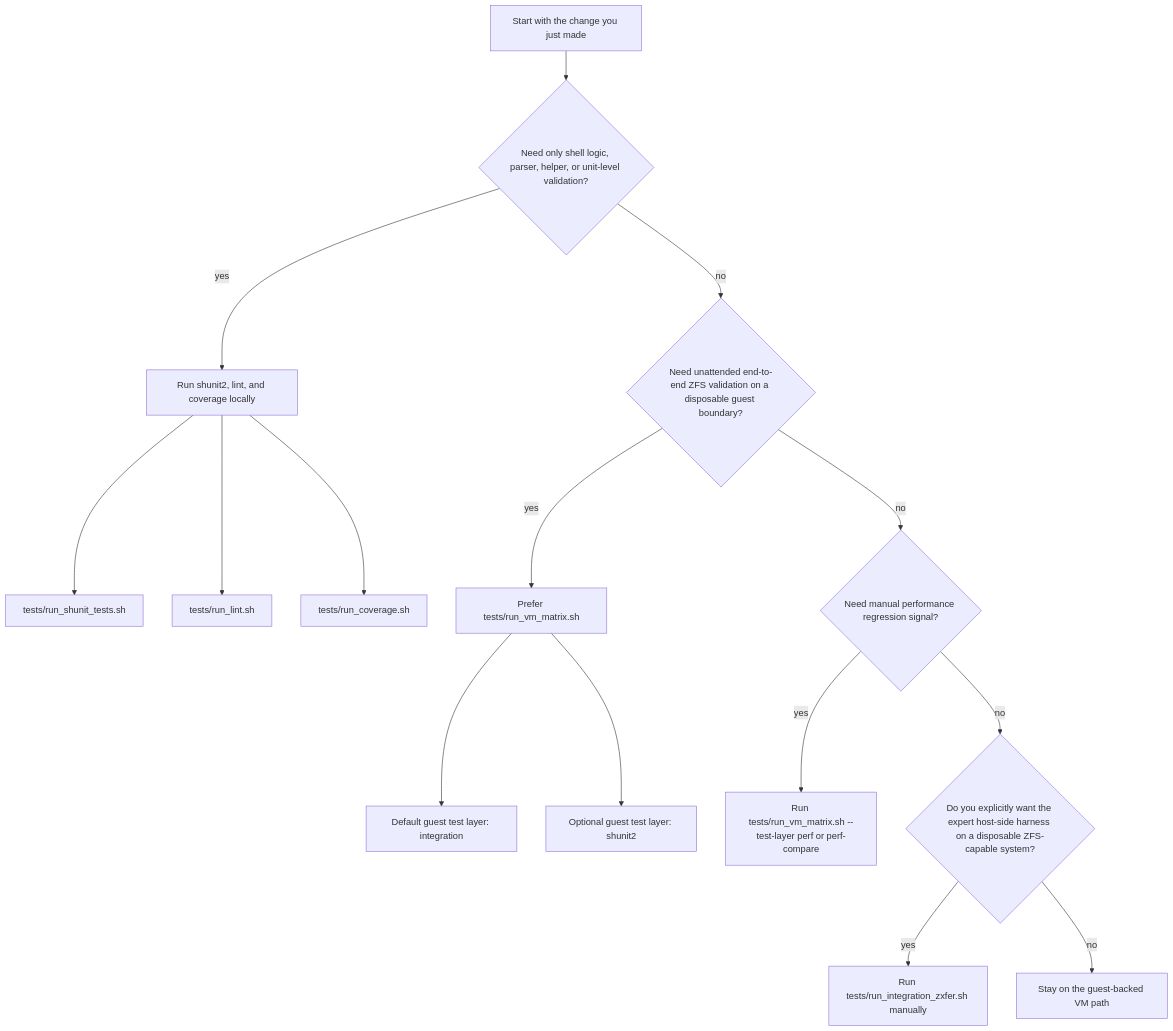
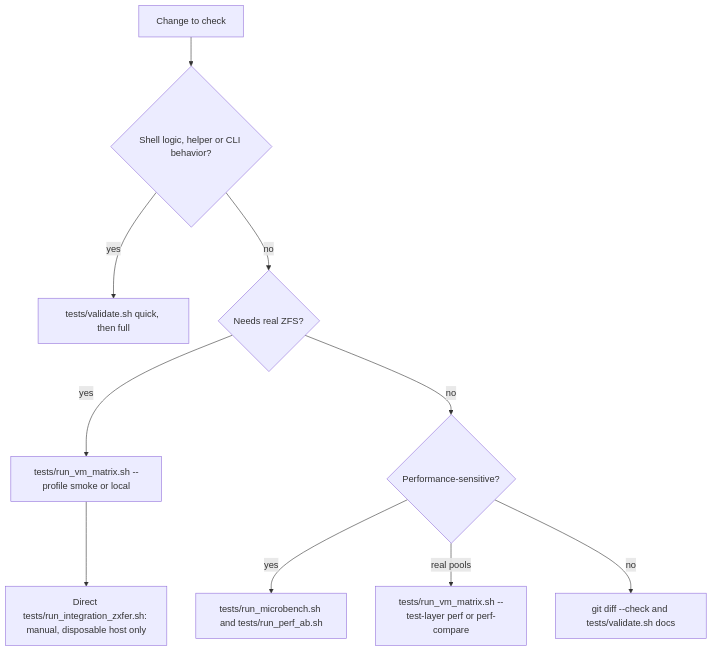
The first of 2 diagrams in docs/testing.md (totalAldo/zxfer), drawn with Mermaid before and after one commit. The commit also changed other lines of this file and 36 other files, not shown here.

First line of the commit message:
Tooling: faster test runner with a watchdog; slimmer perf tools and docs

````diff
--- a/docs/testing.md
+++ b/docs/testing.md
@@ -45,17 +26,12 @@
 ```mermaid
 flowchart TD
-    A["Start with the change you just made"] --> B{"Need only shell logic, parser, helper, or unit-level validation?"}
-    B -->|yes| C["Run shunit2, lint, and coverage locally"]
-    C --> D["tests/run_shunit_tests.sh"]
-    C --> E["tests/run_lint.sh"]
-    C --> F["tests/run_coverage.sh"]
-    B -->|no| G{"Need unattended end-to-end ZFS validation on a disposable guest boundary?"}
-    G -->|yes| H["Prefer tests/run_vm_matrix.sh"]
-    H --> I["Default guest test layer: integration"]
-    H --> J["Optional guest test layer: shunit2"]
-    G -->|no| N{"Need manual performance regression signal?"}
-    N -->|yes| O["Run tests/run_vm_matrix.sh --test-layer perf or perf-compare"]
-    N -->|no| K{"Do you explicitly want the expert host-side harness on a disposable ZFS-capable system?"}
-    K -->|yes| L["Run tests/run_integration_zxfer.sh manually"]
-    K -->|no| M["Stay on the guest-backed VM path"]
+    A["Change to check"] --> B{"Shell logic, helper or CLI behavior?"}
+    B -->|yes| C["tests/validate.sh quick, then full"]
+    B -->|no| D{"Needs real ZFS?"}
+    D -->|yes| E["tests/run_vm_matrix.sh --profile smoke or local"]
+    D -->|no| F{"Performance-sensitive?"}
+    F -->|yes| G["tests/run_microbench.sh and tests/run_perf_ab.sh"]
+    F -->|real pools| H["tests/run_vm_matrix.sh --test-layer perf or perf-compare"]
+    F -->|no| I["git diff --check and tests/validate.sh docs"]
+    E --> J["Direct tests/run_integration_zxfer.sh: manual, disposable host only"]
 ```
````
